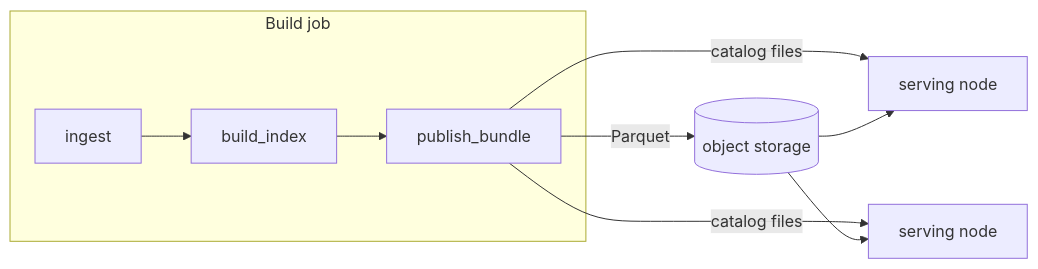
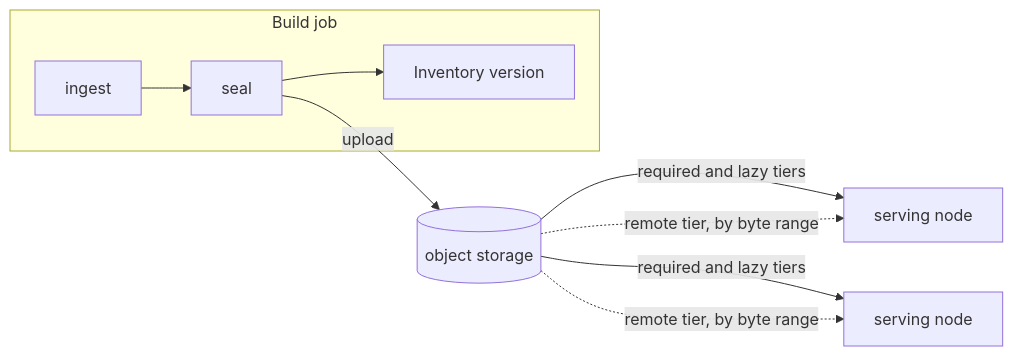
Before and after one commit to StatCat-Suite/statcat-suite.github.io: the diagram in docs/storage.md, drawn with Mermaid. The commit also changed other lines of this file and 4 other files, not shown here.

````diff
--- a/docs/storage.md
+++ b/docs/storage.md
@@ -56,11 +67,11 @@
 ```mermaid
 graph LR
     subgraph build["Build job"]
-        I[ingest] --> X[build_index] --> P[publish_bundle]
+        I[ingest] --> S[seal] --> V[Inventory version]
     end
-    P -->|Parquet| O[(object storage)]
-    P -->|catalog files| N1[serving node]
-    P -->|catalog files| N2[serving node]
-    O --> N1
-    O --> N2
+    S -->|upload| O[(object storage)]
+    O -->|required and lazy tiers| N1[serving node]
+    O -->|required and lazy tiers| N2[serving node]
+    O -.->|remote tier, by byte range| N1
+    O -.->|remote tier, by byte range| N2
 ```
````
